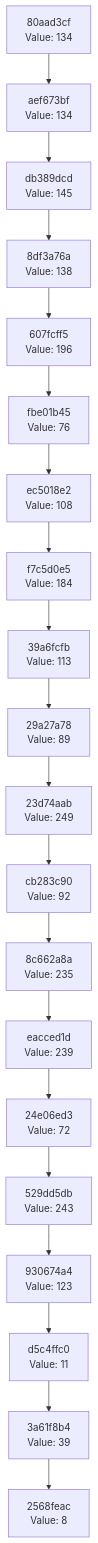
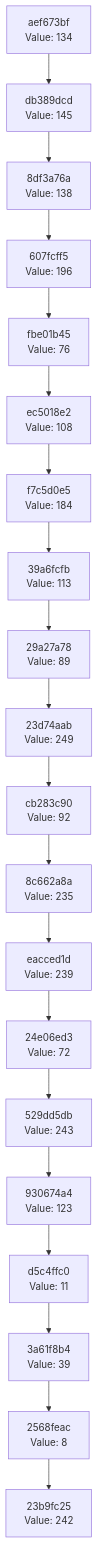
One commit to Abhisheksinha1506/hash-chain-evolver changed the diagram in docs/CHAIN_VISUALIZATION.md. Above: the diagram before and after it, drawn with Mermaid. The commit also changed 2 other files, not shown here.

Commit message:
Evolution Step

````diff
--- a/docs/CHAIN_VISUALIZATION.md
+++ b/docs/CHAIN_VISUALIZATION.md
@@ -3,42 +3,42 @@
 ```mermaid
 graph TD
-    C0["2568feac<br/>Value: 8"]
-    C1["3a61f8b4<br/>Value: 39"]
+    C0["23b9fc25<br/>Value: 242"]
+    C1["2568feac<br/>Value: 8"]
     C1 --> C0
-    C2["d5c4ffc0<br/>Value: 11"]
+    C2["3a61f8b4<br/>Value: 39"]
     C2 --> C1
-    C3["930674a4<br/>Value: 123"]
+    C3["d5c4ffc0<br/>Value: 11"]
     C3 --> C2
-    C4["529dd5db<br/>Value: 243"]
+    C4["930674a4<br/>Value: 123"]
     C4 --> C3
-    C5["24e06ed3<br/>Value: 72"]
+    C5["529dd5db<br/>Value: 243"]
     C5 --> C4
-    C6["eacced1d<br/>Value: 239"]
+    C6["24e06ed3<br/>Value: 72"]
     C6 --> C5
-    C7["8c662a8a<br/>Value: 235"]
+    C7["eacced1d<br/>Value: 239"]
     C7 --> C6
-    C8["cb283c90<br/>Value: 92"]
+    C8["8c662a8a<br/>Value: 235"]
     C8 --> C7
-    C9["23d74aab<br/>Value: 249"]
+    C9["cb283c90<br/>Value: 92"]
     C9 --> C8
-    C10["29a27a78<br/>Value: 89"]
+    C10["23d74aab<br/>Value: 249"]
     C10 --> C9
-    C11["39a6fcfb<br/>Value: 113"]
+    C11["29a27a78<br/>Value: 89"]
     C11 --> C10
-    C12["f7c5d0e5<br/>Value: 184"]
+    C12["39a6fcfb<br/>Value: 113"]
     C12 --> C11
-    C13["ec5018e2<br/>Value: 108"]
+    C13["f7c5d0e5<br/>Value: 184"]
     C13 --> C12
-    C14["fbe01b45<br/>Value: 76"]
+    C14["ec5018e2<br/>Value: 108"]
     C14 --> C13
-    C15["607fcff5<br/>Value: 196"]
+    C15["fbe01b45<br/>Value: 76"]
     C15 --> C14
-    C16["8df3a76a<br/>Value: 138"]
+    C16["607fcff5<br/>Value: 196"]
     C16 --> C15
-    C17["db389dcd<br/>Value: 145"]
+    C17["8df3a76a<br/>Value: 138"]
     C17 --> C16
-    C18["aef673bf<br/>Value: 134"]
+    C18["db389dcd<br/>Value: 145"]
     C18 --> C17
-    C19["80aad3cf<br/>Value: 134"]
+    C19["aef673bf<br/>Value: 134"]
     C19 --> C18
 ```
````
